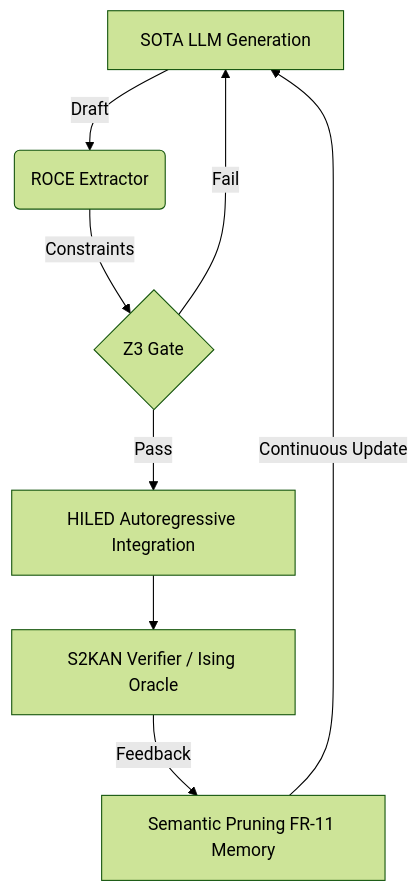
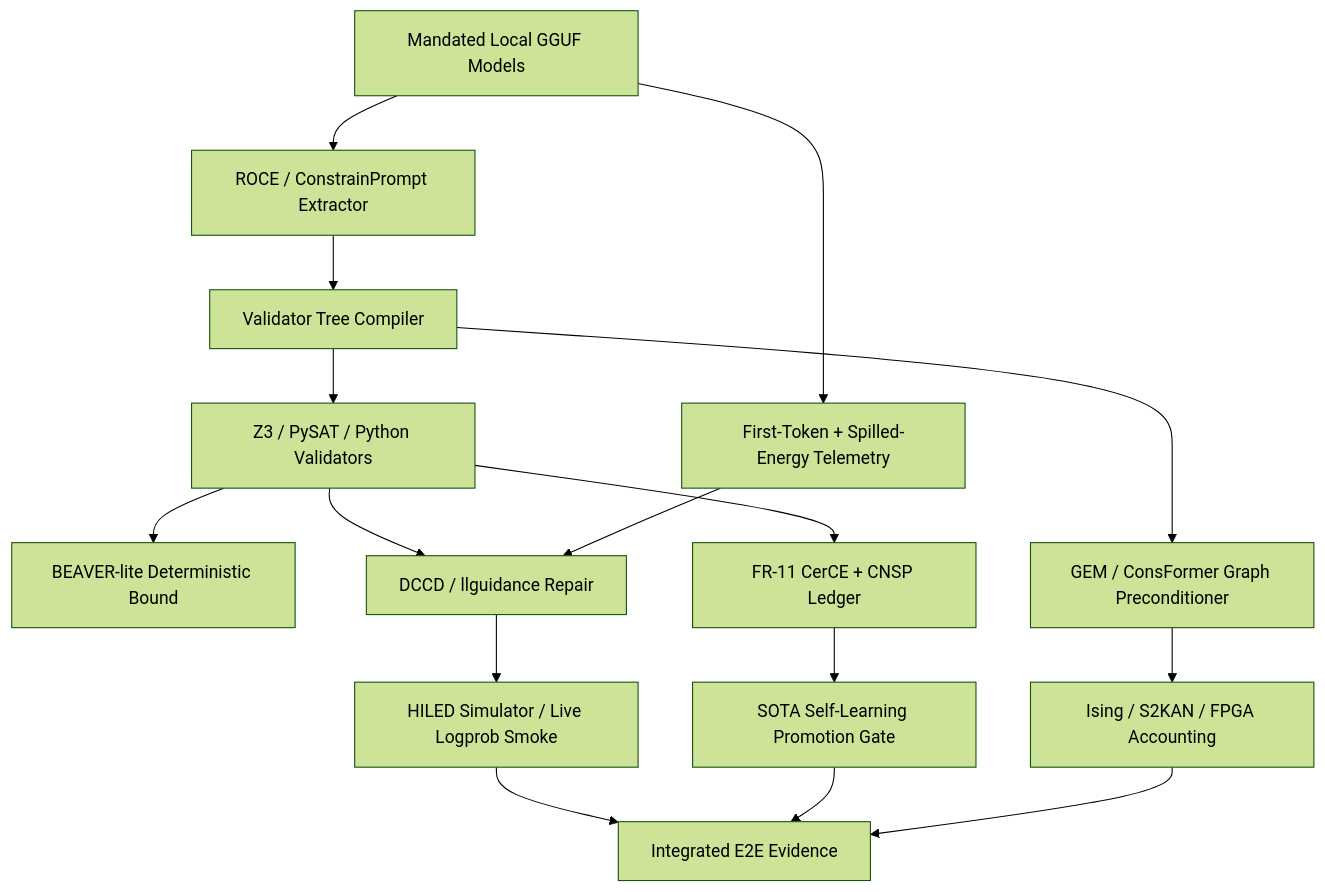
One commit to Carnot-EBM/carnot-ebm changed the first of 2 diagrams in openspec/change-proposals/research-roadmap-vNEXT.md. Above: the diagram before and after it, drawn with Mermaid (forest theme). The commit also changed other lines of this file and 2 other files, not shown here.

````diff
--- a/openspec/change-proposals/research-roadmap-vNEXT.md
+++ b/openspec/change-proposals/research-roadmap-vNEXT.md
@@ -16,10 +39,18 @@
 ```mermaid
-graph TD
-    A[SOTA LLM Generation] -->|Draft| B(ROCE Extractor)
-    B -->|Constraints| C{Z3 Gate}
-    C -->|Fail| A
-    C -->|Pass| D[HILED Autoregressive Integration]
-    D --> E[S2KAN Verifier / Ising Oracle]
-    E -->|Feedback| F[Semantic Pruning FR-11 Memory]
-    F -->|Continuous Update| A
+flowchart TD
+    A[Mandated Local GGUF Models] --> B[ROCE / ConstrainPrompt Extractor]
+    B --> C[Validator Tree Compiler]
+    C --> D[Z3 / PySAT / Python Validators]
+    D --> E[BEAVER-lite Deterministic Bound]
+    A --> F[First-Token + Spilled-Energy Telemetry]
+    D --> G[DCCD / llguidance Repair]
+    F --> G
+    G --> H[HILED Simulator / Live Logprob Smoke]
+    D --> I[FR-11 CerCE + CNSP Ledger]
+    I --> J[SOTA Self-Learning Promotion Gate]
+    C --> K[GEM / ConsFormer Graph Preconditioner]
+    K --> L[Ising / S2KAN / FPGA Accounting]
+    H --> M[Integrated E2E Evidence]
+    J --> M
+    L --> M
 ```
````
